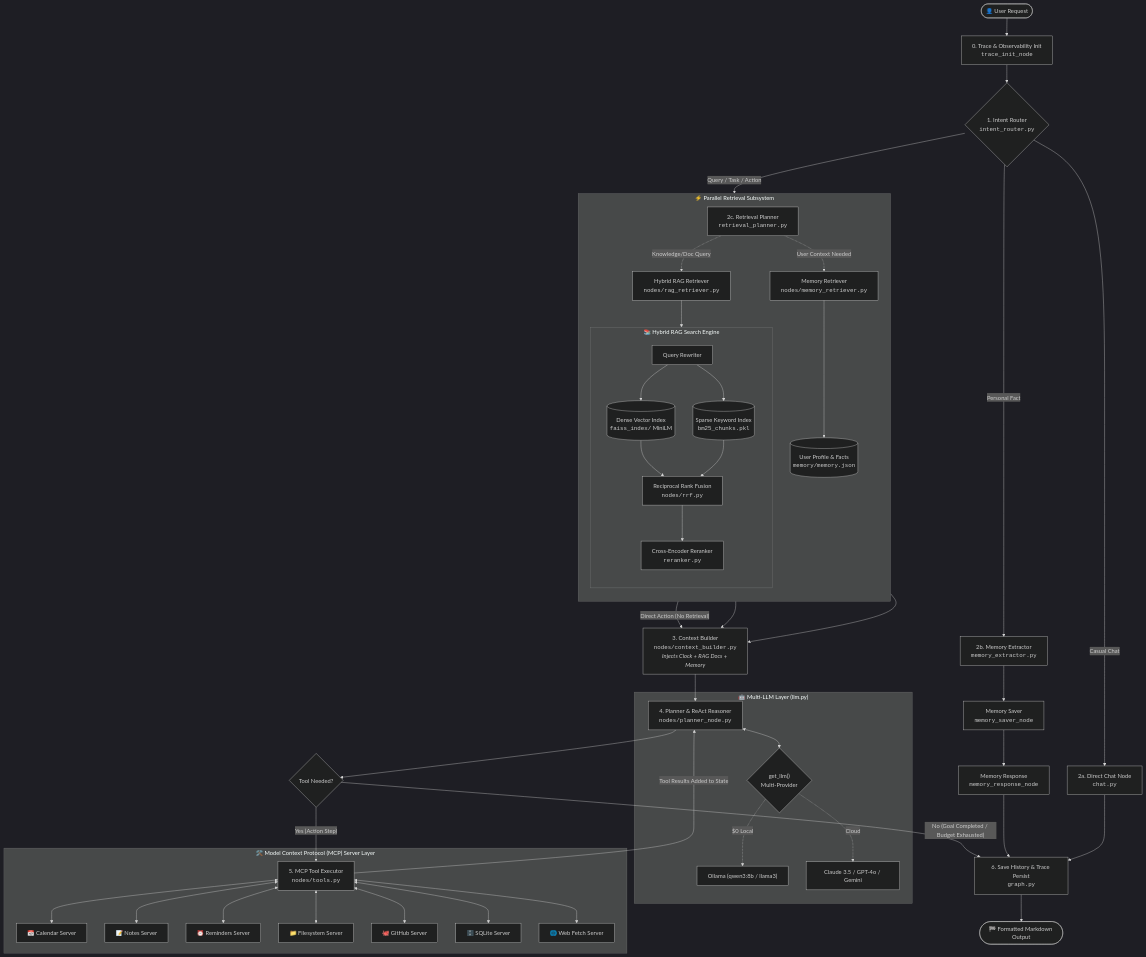
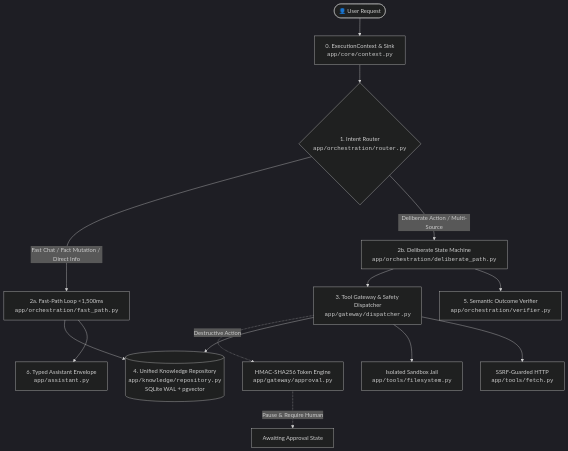
Before and after one commit to Vasukumar19/agentic-ai-assistant: the diagram in README.md, drawn with Mermaid (dark theme). The commit also changed other lines of this file and 53 other files, not shown here.

Commit message:
feat: complete V2 architectural migration to modular monolith with 100% benchmark verification

````diff
--- a/README.md
+++ b/README.md
@@ -11,70 +34,24 @@
 ```mermaid
 flowchart TD
-    User([👤 User Request]) --> TraceInit[0. Trace & Observability Init<br/><code>trace_init_node</code>]
-    TraceInit --> Router{1. Intent Router<br/><code>intent_router.py</code>}
+    User([👤 User Request]) --> Ctx[0. ExecutionContext & Sink<br/><code>app/core/context.py</code>]
+    Ctx --> Router{1. Intent Router<br/><code>app/orchestration/router.py</code>}
 
-    %% Branch A: Conversational
-    Router -- "Casual Chat" --> ChatNode[2a. Direct Chat Node<br/><code>chat.py</code>]
-    ChatNode --> SaveHistory
+    %% Dual Path Routing
+    Router -- "Fast Chat / Fact Mutation / Direct Info" --> FastPath[2a. Fast-Path Loop &lt;1,500ms<br/><code>app/orchestration/fast_path.py</code>]
+    Router -- "Deliberate Action / Multi-Source" --> DelibPath[2b. Deliberate State Machine<br/><code>app/orchestration/deliberate_path.py</code>]
 
-    %% Branch B: Memory Extraction
-    Router -- "Personal Fact" --> MemExtract[2b. Memory Extractor<br/><code>memory_extractor.py</code>]
-    MemExtract --> MemSave[Memory Saver<br/><code>memory_saver_node</code>]
-    MemSave --> MemResp[Memory Response<br/><code>memory_response_node</code>]
-    MemResp --> SaveHistory
+    %% Tool Gateway & Safety
+    DelibPath --> Gateway[3. Tool Gateway & Safety Dispatcher<br/><code>app/gateway/dispatcher.py</code>]
+    Gateway -. "Destructive Action" .-> HMAC[HMAC-SHA256 Token Engine<br/><code>app/gateway/approval.py</code>]
+    HMAC -. "Pause & Require Human" .-> AwaitingApproval[Awaiting Approval State]
 
-    %% Branch C: Research, RAG & Action Execution
-    Router -- "Query / Task / Action" --> RetPlan[2c. Retrieval Planner<br/><code>retrieval_planner.py</code>]
+    %% Unified Knowledge & Storage
+    FastPath --> KnowledgeRepo[(4. Unified Knowledge Repository<br/><code>app/knowledge/repository.py</code><br/>SQLite WAL + pgvector)]
+    Gateway --> KnowledgeRepo
+    Gateway --> SafeFS[Isolated Sandbox Jail<br/><code>app/tools/filesystem.py</code>]
+    Gateway --> SafeHTTP[SSRF-Guarded HTTP<br/><code>app/tools/fetch.py</code>]
 
-    %% Fan-out Retrieval Subsystem (RAG + Memory)
-    subgraph RetrievalSubsystem ["⚡ Parallel Retrieval Subsystem"]
-        direction TB
-        RetPlan -. "User Context Needed" .-> MemRetriever[Memory Retriever<br/><code>nodes/memory_retriever.py</code>]
-        MemRetriever --> ProfileDB[(User Profile & Facts<br/><code>memory/memory.json</code>)]
-
-        RetPlan -. "Knowledge/Doc Query" .-> RAGRetriever[Hybrid RAG Retriever<br/><code>nodes/rag_retriever.py</code>]
-
-        subgraph RAG_Engine ["📚 Hybrid RAG Search Engine"]
-            direction TB
-            QueryRewrite[Query Rewriter] --> FAISS_Search[(Dense Vector Index<br/><code>faiss_index/</code> MiniLM)]
-            QueryRewrite --> BM25_Search[(Sparse Keyword Index<br/><code>bm25_chunks.pkl</code>)]
-            FAISS_Search --> RRF[Reciprocal Rank Fusion<br/><code>nodes/rrf.py</code>]
-            BM25_Search --> RRF
-            RRF --> Reranker[Cross-Encoder Reranker<br/><code>reranker.py</code>]
-        end
-        RAGRetriever --> RAG_Engine
-    end
-
-    %% Convergence
-    MemRetriever --> ContextBuilder[3. Context Builder<br/><code>nodes/context_builder.py</code><br/><i>Injects Clock + RAG Docs + Memory</i>]
-    Reranker --> ContextBuilder
-    RetPlan -- "Direct Action (No Retrieval)" --> ContextBuilder
-
-    %% Reasoning & Action ReAct Loop
-    ContextBuilder --> PlannerNode[4. Planner & ReAct Reasoner<br/><code>nodes/planner_node.py</code>]
-
-    subgraph LLM_Provider ["🤖 Multi-LLM Layer (llm.py)"]
-        PlannerNode <--> LLMFactory{"get_llm()<br/>Multi-Provider"}
-        LLMFactory -. $0 Local .-> Ollama["Ollama (qwen3:8b / llama3)"]
-        LLMFactory -. Cloud .-> CloudLLM["Claude 3.5 / GPT-4o / Gemini"]
-    end
-
-    PlannerNode --> ToolDecision{Tool Needed?}
-    
-    ToolDecision -- "Yes (Action Step)" --> ToolNode[5. MCP Tool Executor<br/><code>nodes/tools.py</code>]
-    
-    %% MCP Tool Layer
-    subgraph MCP_Registry ["🛠️ Model Context Protocol (MCP) Server Layer"]
-        ToolNode <--> S1["📅 Calendar Server"]
-        ToolNode <--> S2["📝 Notes Server"]
-        ToolNode <--> S3["⏰ Reminders Server"]
-        ToolNode <--> S4["📁 Filesystem Server"]
-        ToolNode <--> S5["🐙 GitHub Server"]
-        ToolNode <--> S6["🗄️ SQLite Server"]
-        ToolNode <--> S7["🌐 Web Fetch Server"]
-    end
-
-    ToolNode -- "Tool Results Added to State" --> PlannerNode
-    ToolDecision -- "No (Goal Completed / Budget Exhausted)" --> SaveHistory[6. Save History & Trace Persist<br/><code>graph.py</code>]
-    SaveHistory --> FinalAnswer([🏁 Formatted Markdown Output])
+    %% Outcome Verification
+    DelibPath --> Verifier[5. Semantic Outcome Verifier<br/><code>app/orchestration/verifier.py</code>]
+    FastPath --> AssistantOut[6. Typed Assistant Envelope<br/><code>app/assistant.py</code>]
 ```
````
